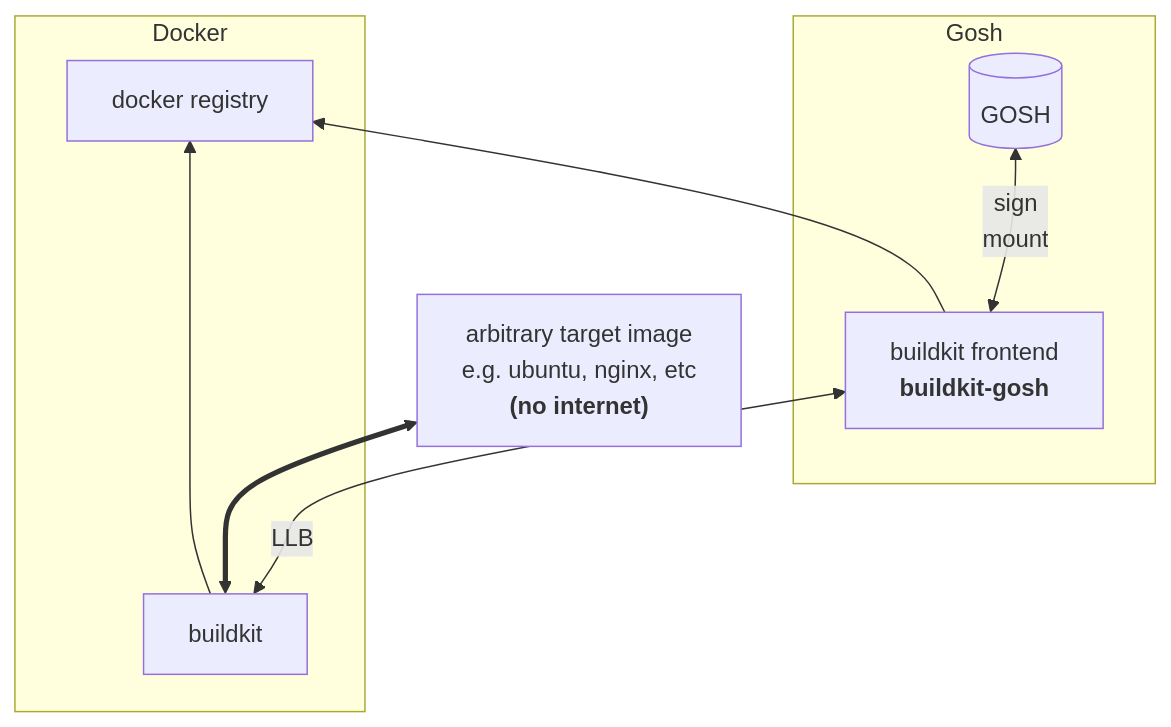
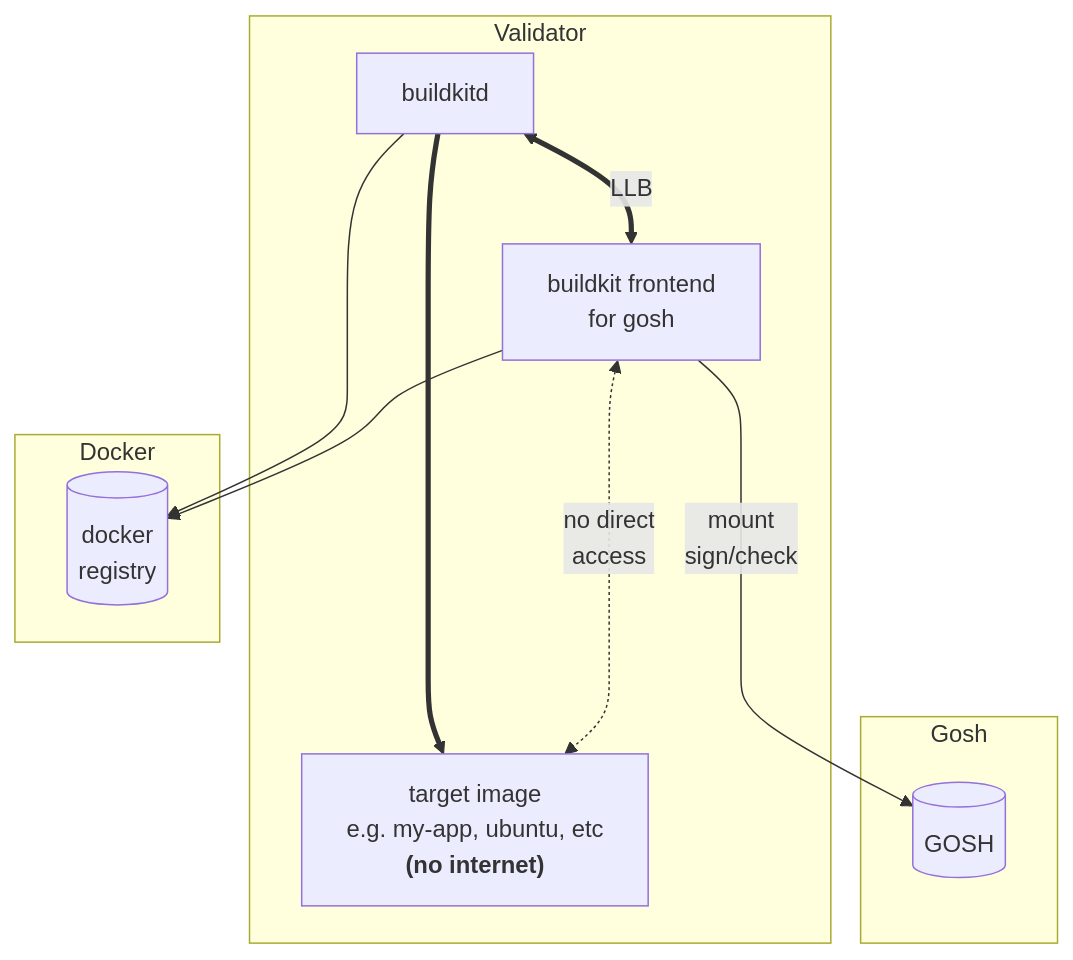
Before and after one commit to a-zorina/gosh: the diagram in buildkit/README.md, drawn with Mermaid.

````diff
--- a/buildkit/README.md
+++ b/buildkit/README.md
@@ -5,31 +5,42 @@
 ```mermaid
-flowchart BT
-    target["
-        arbitrary target image
-        e.g. ubuntu, nginx, etc
-        <b>(no internet)</b>
-    "]
+flowchart TB
+    subgraph validator[Validator]
+        target["
+            target image
+            e.g. my-app, ubuntu, etc
+            <b>(no internet)</b>
+        "]
+        frontend["
+            buildkit frontend
+            for gosh
+        "]
+        buildkit["
+            buildkitd
+        "]
+    end
     subgraph gosh_team[Gosh]
         G[(GOSH)]
-        frontend["
-            buildkit frontend
-            <b>buildkit-gosh</b>
-        "]
     end
 
     subgraph docker_team[Docker]
-        buildkit["buildkit"]
-        reg["docker registry"]
+        reg[("
+            docker
+            registry
+        ")]
     end
 
     buildkit --> reg
     frontend --> reg
-    buildkit <==> target
-    buildkit <--> |LLB|frontend
+    buildkit ==> target
+    buildkit <==> |LLB|frontend
+    frontend <-..-> |"
+        no direct
+        access
+    "|target
 
-    frontend<-->|"
-        sign
+    frontend --->|"
         mount
+        sign/check
     "| G
 
 ```
````
